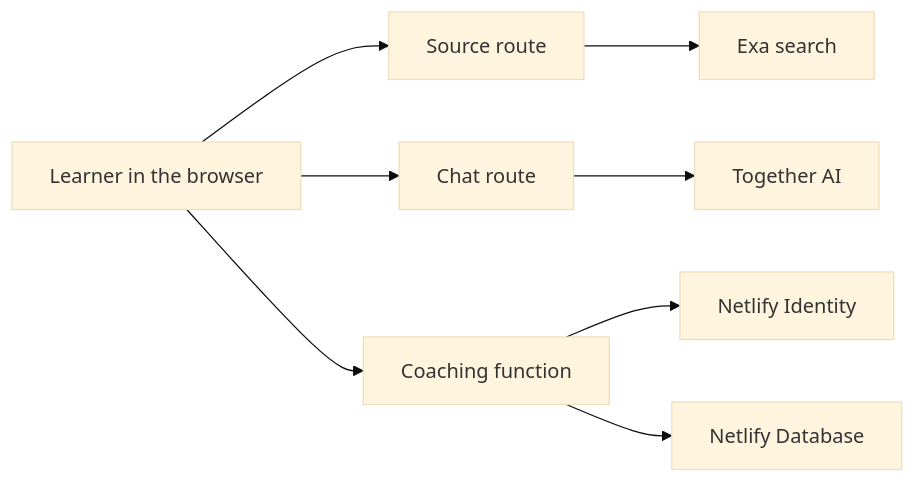
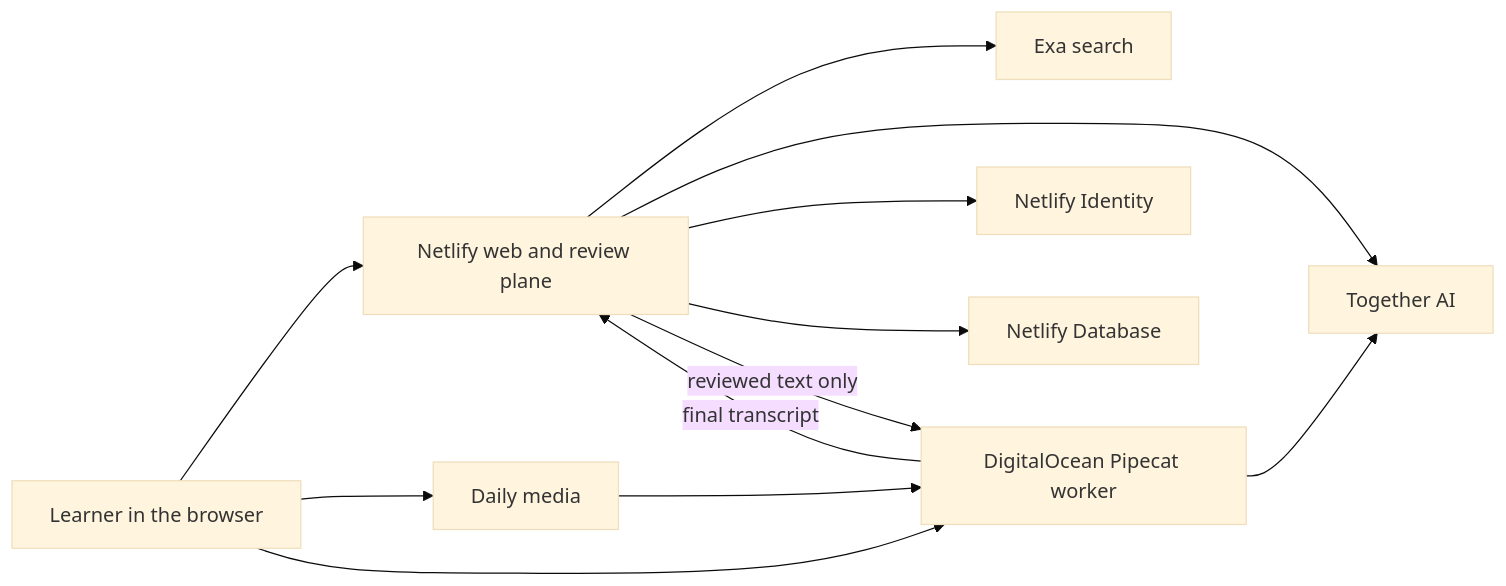
One commit to ChaiWithJai/llamatutor changed the diagram in README.md. Above: the diagram before and after it, drawn with Mermaid (base theme). The commit also changed other lines of this file and 32 other files, not shown here.

````diff
--- a/README.md
+++ b/README.md
@@ -66,17 +66,22 @@
 ```mermaid
 flowchart LR
     Learner["Learner in the browser"]
-    Sources["Source route"]
-    Chat["Chat route"]
-    Coach["Coaching function"]
+    Netlify["Netlify web and review plane"]
+    Worker["DigitalOcean Pipecat worker"]
+    Daily["Daily media"]
     Exa["Exa search"]
     Together["Together AI"]
     Identity["Netlify Identity"]
     Database["Netlify Database"]
 
-    Learner --> Sources --> Exa
-    Learner --> Chat --> Together
-    Learner --> Coach
-    Coach --> Identity
-    Coach --> Database
+    Learner --> Netlify
+    Netlify --> Exa
+    Netlify --> Together
+    Netlify --> Identity
+    Netlify --> Database
+    Learner --> Daily --> Worker
+    Learner --> Worker
+    Worker --> Together
+    Worker -->|final transcript| Netlify
+    Netlify -->|reviewed text only| Worker
 ```
````
